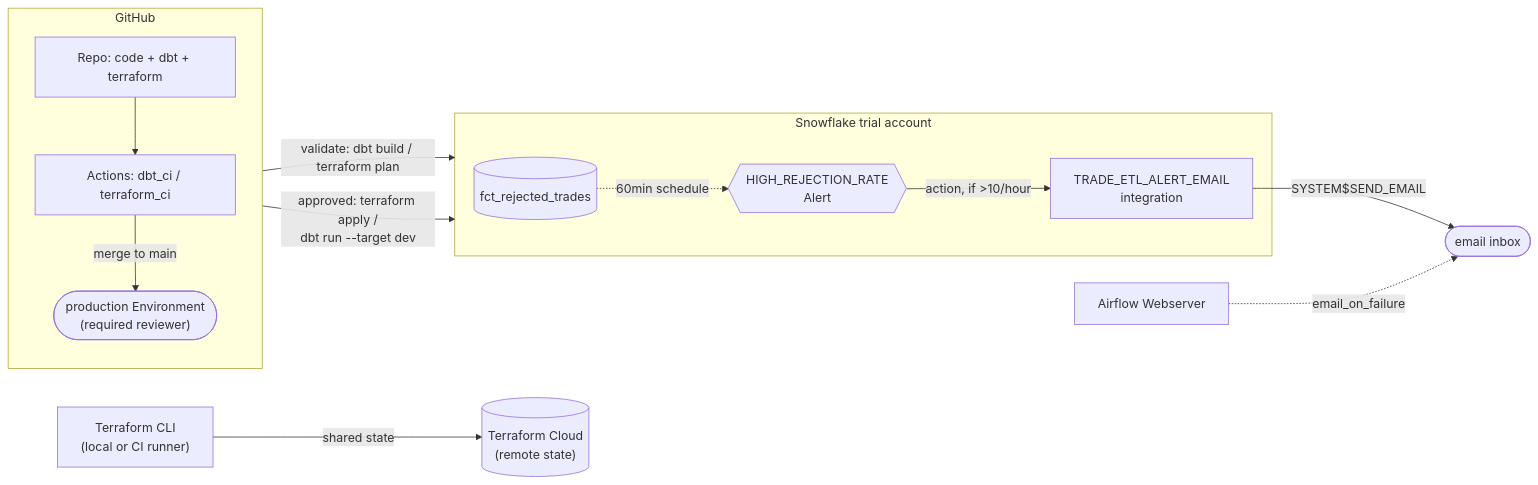
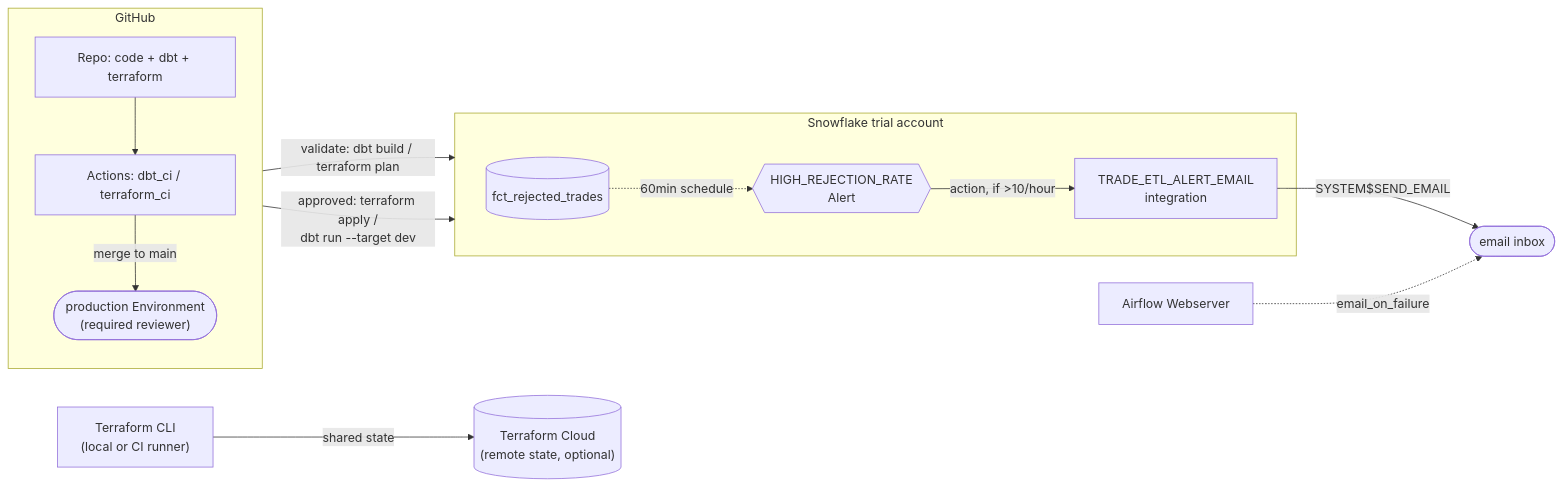
One commit to ramanjaneyulu73/trade-etl-case-study changed the diagram in docs/architecture.md. Above: the diagram before and after it, drawn with Mermaid. The commit also changed other lines of this file and 3 other files, not shown here.

````diff
--- a/docs/architecture.md
+++ b/docs/architecture.md
@@ -92,31 +92,31 @@
 ```mermaid
 flowchart LR
     subgraph GH["GitHub"]
         direction TB
         Repo["Repo: code + dbt + terraform"]
         CI["Actions: dbt_ci / terraform_ci"]
         Env(["production Environment\n(required reviewer)"])
     end
 
-    TFC[("Terraform Cloud\n(remote state)")]
+    TFC[("Terraform Cloud\n(remote state, optional)")]
     TF["Terraform CLI\n(local or CI runner)"]
 
     subgraph SF["Snowflake trial account"]
         Rejected[("fct_rejected_trades")]
         Alert{{"HIGH_REJECTION_RATE\nAlert"}}
         Integration["TRADE_ETL_ALERT_EMAIL\nintegration"]
     end
 
     Web["Airflow Webserver"]
     Inbox(["email inbox"])
 
     Repo --> CI
     CI -- "validate: dbt build / terraform plan" --> SF
     CI -- "merge to main" --> Env
     Env -- "approved: terraform apply /\ndbt run --target dev" --> SF
     TF -- "shared state" --> TFC
     Rejected -. "60min schedule" .-> Alert
     Alert -- "action, if >10/hour" --> Integration
     Integration -- "SYSTEM$SEND_EMAIL" --> Inbox
     Web -. "email_on_failure" .-> Inbox
 ```
````
